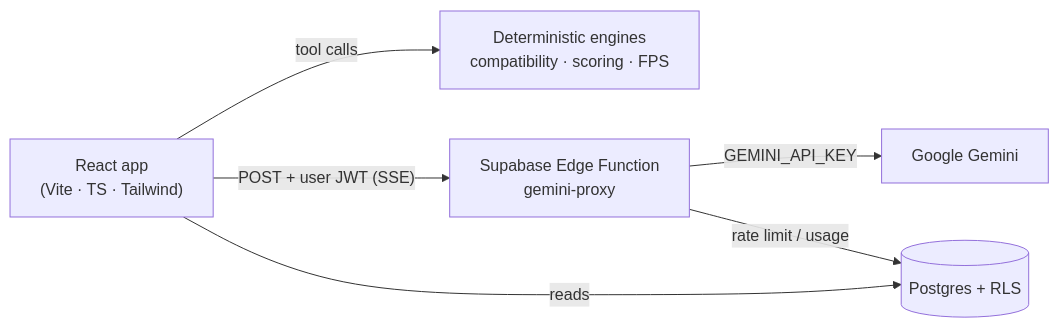
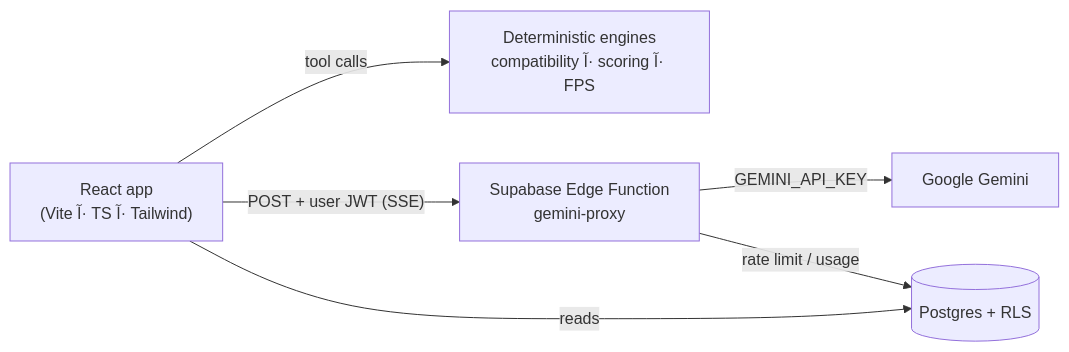
Before and after one commit to ahmed4k4/projects_instructions_Final: the diagram in README.md, drawn with Mermaid. The commit also changed other lines of this file and 117 other files, not shown here.

````diff
--- a/README.md
+++ b/README.md
@@ -182,14 +182,14 @@
 ```mermaid
 flowchart LR
-    Browser["React app<br/>(Vite · TS · Tailwind)"]
-    Engines["Deterministic engines<br/>compatibility · scoring · FPS"]
+    Browser["React app<br/>(Vite آ· TS آ· Tailwind)"]
+    Engines["Deterministic engines<br/>compatibility آ· scoring آ· FPS"]
     Proxy["Supabase Edge Function<br/>gemini-proxy"]
     Gemini["Google Gemini"]
     DB[("Postgres + RLS")]
 
     Browser -->|tool calls| Engines
     Browser -->|"POST + user JWT (SSE)"| Proxy
     Proxy -->|"GEMINI_API_KEY"| Gemini
     Browser -->|"reads"| DB
     Proxy -->|"rate limit / usage"| DB
 ```
````
